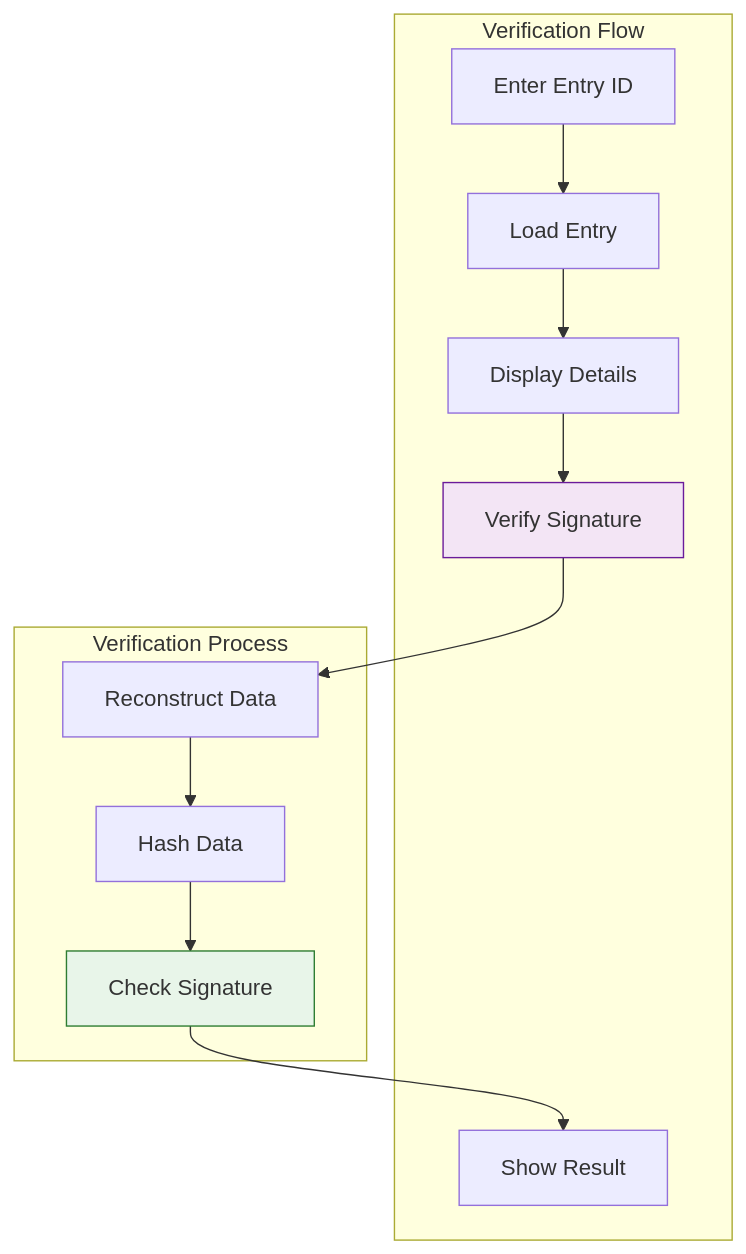
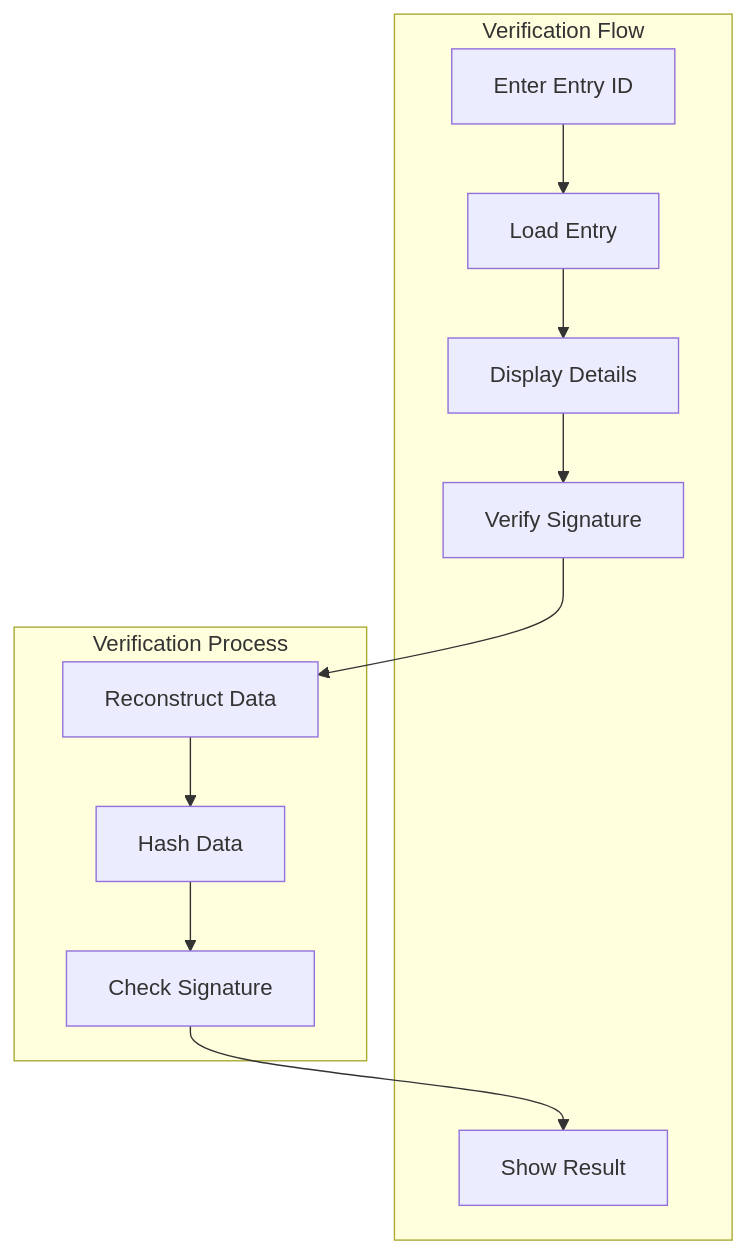
The fifth of 8 diagrams in docs/components/disot-components.md (o2alexanderfedin/angular-cas-disot), drawn with Mermaid before and after one commit. The commit also changed other lines of this file and 18 other files, not shown here.

````diff
--- a/docs/components/disot-components.md
+++ b/docs/components/disot-components.md
@@ -251,27 +251,27 @@
 ```mermaid
 graph TD
     subgraph "Verification Flow"
         INPUT[Enter Entry ID]
         LOAD[Load Entry]
         DISPLAY[Display Details]
         VERIFY[Verify Signature]
         RESULT[Show Result]
     end
     
     subgraph "Verification Process"
         RECONSTRUCT[Reconstruct Data]
         HASH[Hash Data]
         CHECK[Check Signature]
     end
     
     INPUT --> LOAD
     LOAD --> DISPLAY
     DISPLAY --> VERIFY
     VERIFY --> RECONSTRUCT
     RECONSTRUCT --> HASH
     HASH --> CHECK
     CHECK --> RESULT
     
-    style VERIFY fill:#f3e5f5,stroke:#6a1b9a
-    style CHECK fill:#e8f5e9,stroke:#2e7d32
+    
+    
 ```
````
